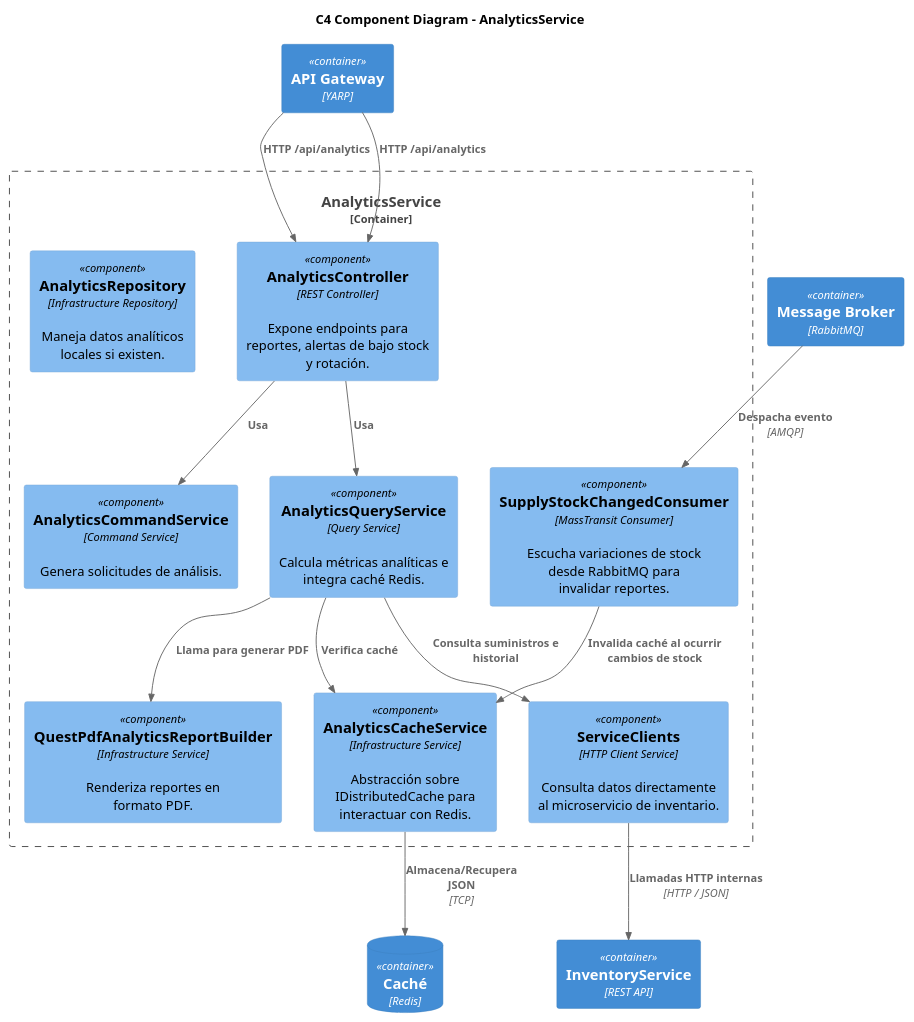
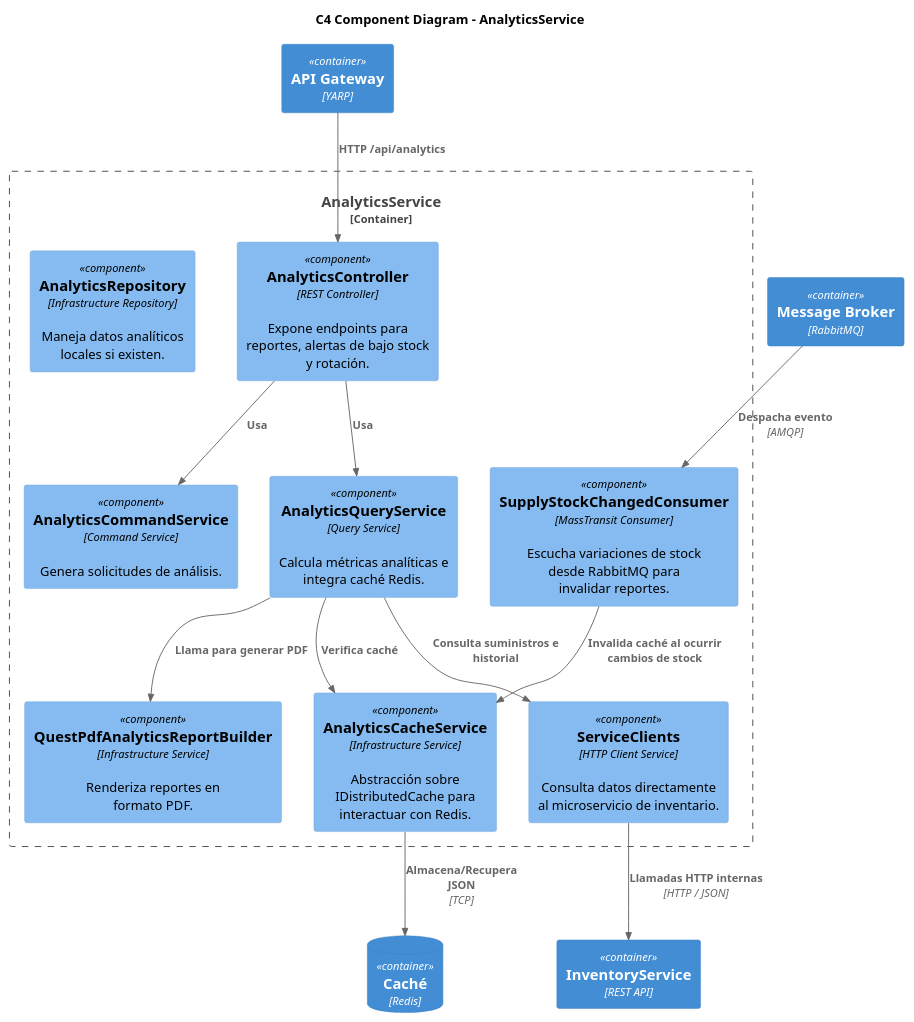
Before and after one commit to 1ASI0657-2610-7940-Vintara/Vintara-backend: the seventh of 21 diagrams in docs/architecture/Diagramas.md, drawn with PlantUML. The commit also changed other lines of this file and 21 other files, not shown here.

Commit message:
docs: add local PNG files and link them in Diagramas.md

````diff
--- a/docs/architecture/Diagramas.md
+++ b/docs/architecture/Diagramas.md
@@ -276,39 +271,38 @@
 ```plantuml
 @startuml
 !include https://raw.githubusercontent.com/plantuml-stdlib/C4-PlantUML/master/C4_Component.puml
 
 title C4 Component Diagram - AnalyticsService
 
 Container(gateway, "API Gateway", "YARP")
 Container(rabbitmq, "Message Broker", "RabbitMQ")
 ContainerDb(redis_cache, "Caché", "Redis")
 Container(inventory_service, "InventoryService", "REST API")
 
 Container_Boundary(analytics_boundary, "AnalyticsService") {
     Component(analytics_ctrl, "AnalyticsController", "REST Controller", "Expone endpoints para reportes, alertas de bajo stock y rotación.")
     Component(analytics_cmd_svc, "AnalyticsCommandService", "Command Service", "Genera solicitudes de análisis.")
     Component(analytics_query_svc, "AnalyticsQueryService", "Query Service", "Calcula métricas analíticas e integra caché Redis.")
     Component(stock_consumer, "SupplyStockChangedConsumer", "MassTransit Consumer", "Escucha variaciones de stock desde RabbitMQ para invalidar reportes.")
     Component(pdf_builder, "QuestPdfAnalyticsReportBuilder", "Infrastructure Service", "Renderiza reportes en formato PDF.")
     Component(cache_svc, "AnalyticsCacheService", "Infrastructure Service", "Abstracción sobre IDistributedCache para interactuar con Redis.")
     Component(srv_clients, "ServiceClients", "HTTP Client Service", "Consulta datos directamente al microservicio de inventario.")
     Component(analytics_repo, "AnalyticsRepository", "Infrastructure Repository", "Maneja datos analíticos locales si existen.")
 }
 
 Rel(gateway, analytics_ctrl, "HTTP /api/analytics")
-Rel(gateway, analytics_ctrl, "HTTP /api/analytics")
 Rel(analytics_ctrl, analytics_query_svc, "Usa")
 Rel(analytics_ctrl, analytics_cmd_svc, "Usa")
 
 Rel(analytics_query_svc, cache_svc, "Verifica caché")
 Rel(analytics_query_svc, srv_clients, "Consulta suministros e historial")
 Rel(analytics_query_svc, pdf_builder, "Llama para generar PDF")
 
 Rel(stock_consumer, cache_svc, "Invalida caché al ocurrir cambios de stock")
 Rel(rabbitmq, stock_consumer, "Despacha evento", "AMQP")
 
 Rel(srv_clients, inventory_service, "Llamadas HTTP internas", "HTTP / JSON")
 Rel(cache_svc, redis_cache, "Almacena/Recupera JSON", "TCP")
 
 @enduml
 ```
````
